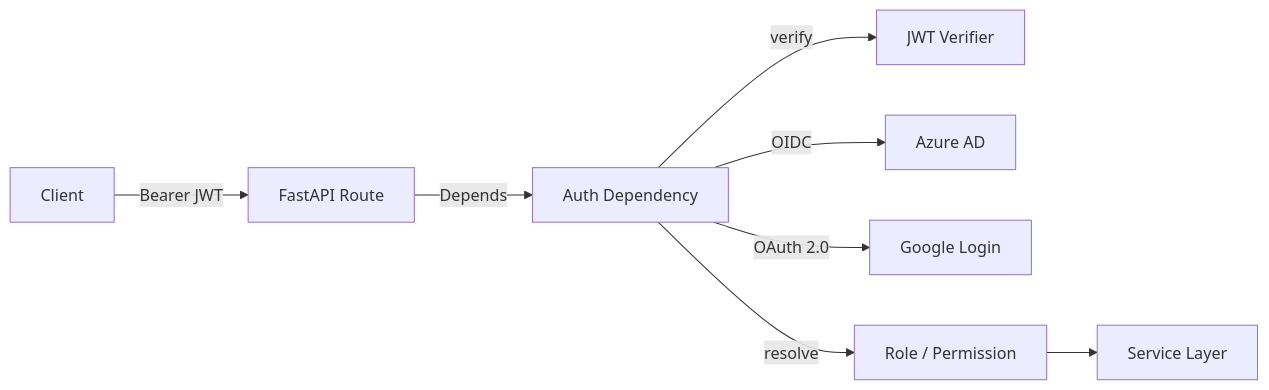
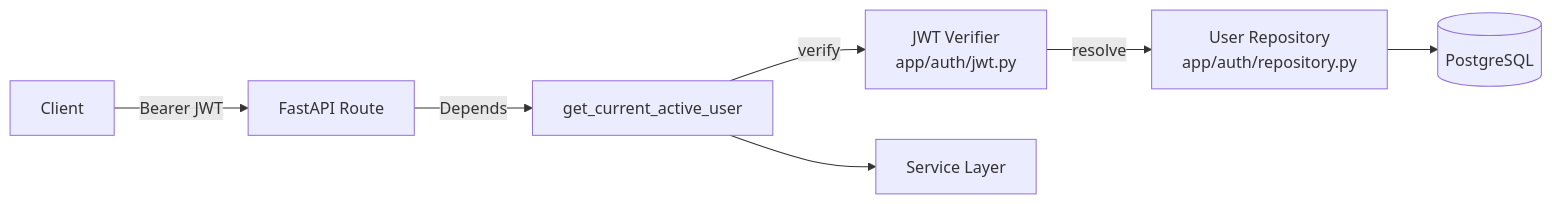
One commit to manikantadakarapu/multi-cloud-ai-cost-detector changed the sixth of 11 diagrams in docs/architecture.md. Above: the diagram before and after it, drawn with Mermaid. The commit also changed other lines of this file and 9 other files, not shown here.

````diff
--- a/docs/architecture.md
+++ b/docs/architecture.md
@@ -625,10 +633,9 @@
 ```mermaid
 graph LR
     Client -->|Bearer JWT| API[FastAPI Route]
-    API -->|Depends| AuthN["Auth Dependency"]
-    AuthN -->|verify| JWT["JWT Verifier"]
-    AuthN -->|OIDC| AzureAD["Azure AD"]
-    AuthN -->|OAuth 2.0| Google["Google Login"]
-    AuthN -->|resolve| RBAC["Role / Permission"]
-    RBAC --> Svc["Service Layer"]
+    API -->|Depends| AuthN["get_current_active_user"]
+    AuthN -->|verify| JWT["JWT Verifier<br/>app/auth/jwt.py"]
+    JWT -->|resolve| Repo["User Repository<br/>app/auth/repository.py"]
+    Repo --> DB[(PostgreSQL)]
+    AuthN --> Svc["Service Layer"]
 ```
````
